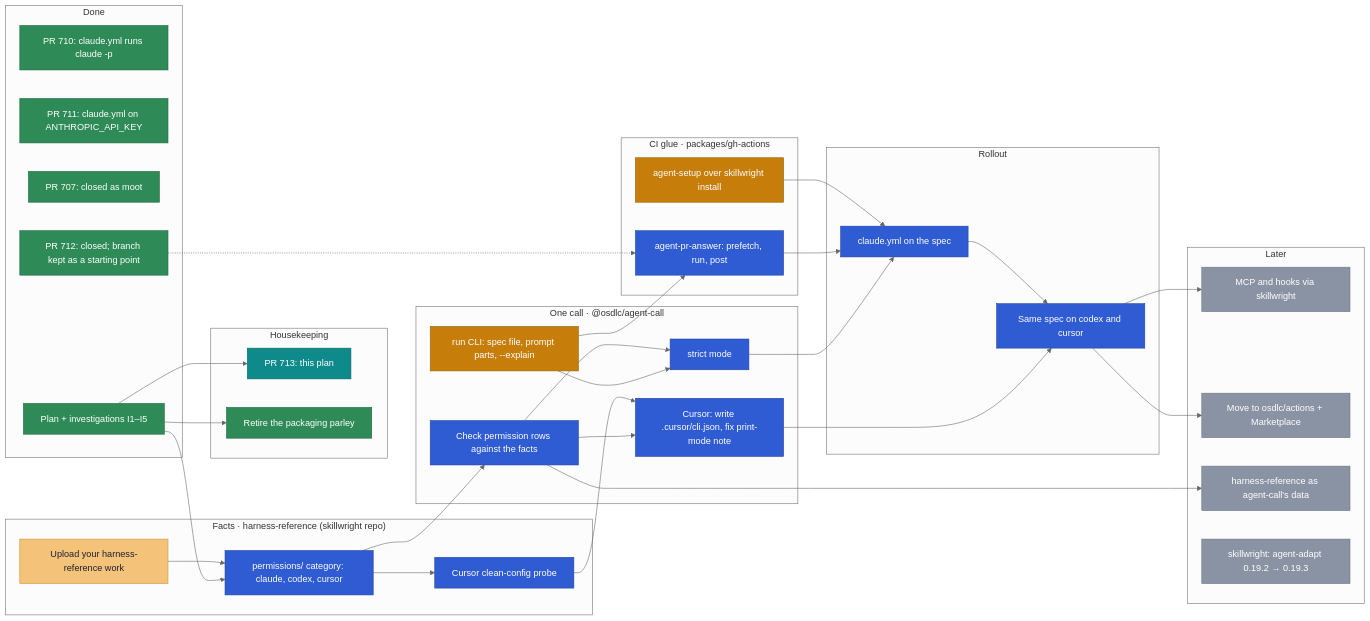
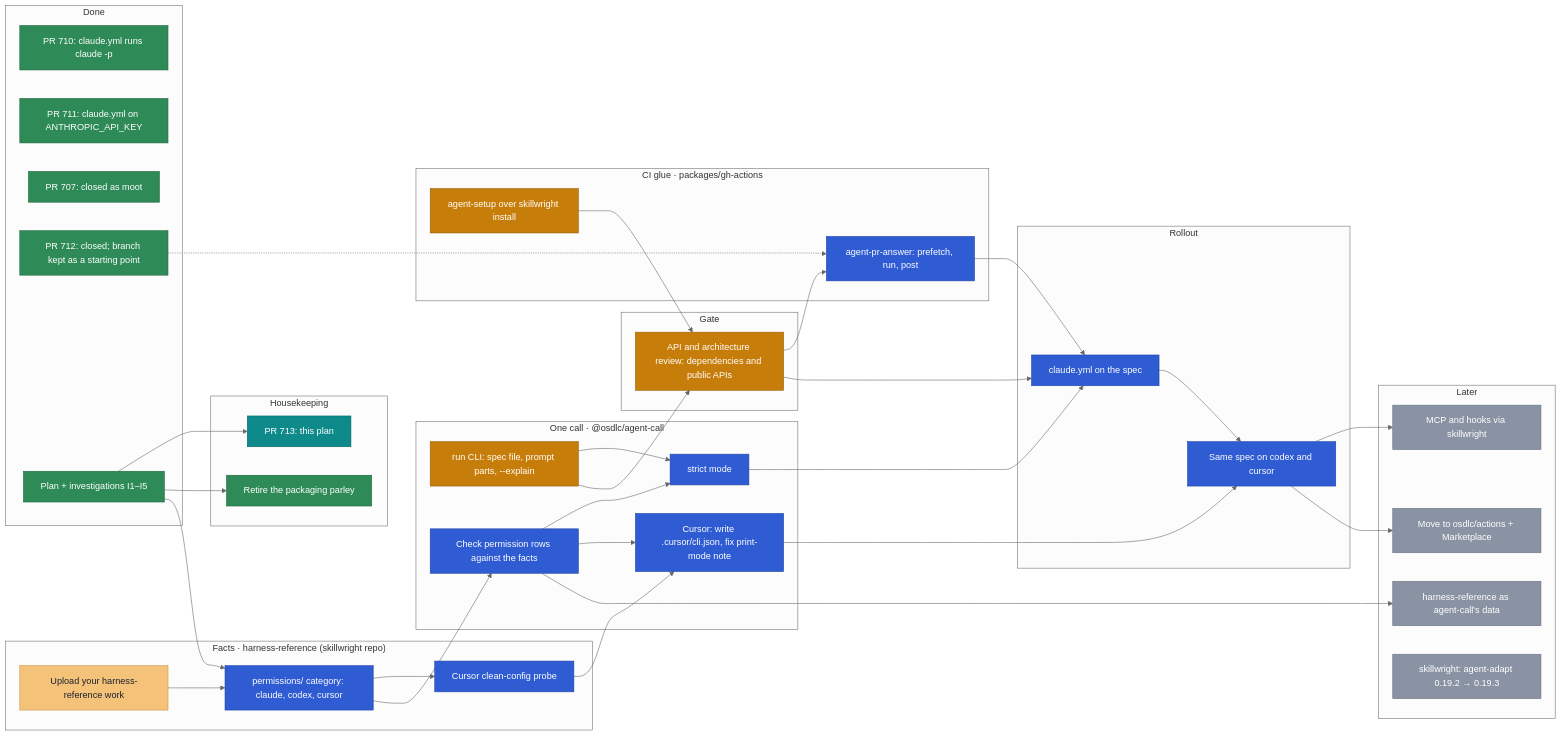
Before and after one commit to osdlc/osdlc: the diagram in docs/planning/agent-ci.md, drawn with Mermaid (neutral theme). The commit also changed other lines of this file, not shown here.

Commit message:
docs(planning): add an ongoing API and architecture review gate

````diff
--- a/docs/planning/agent-ci.md
+++ b/docs/planning/agent-ci.md
@@ -39,76 +39,81 @@
 ```mermaid
 flowchart LR
   subgraph done["Done"]
     W710["PR 710: claude.yml runs claude -p"]
     P711["PR 711: claude.yml on ANTHROPIC_API_KEY"]
     P707["PR 707: closed as moot"]
     P712["PR 712: closed; branch kept as a starting point"]
     PLAN["Plan + investigations I1–I5"]
   end
   subgraph house["Housekeeping"]
     PLANPR["PR 713: this plan"]
     PARLEY["Retire the packaging parley"]
   end
   subgraph facts["Facts · harness-reference (skillwright repo)"]
     UP["Upload your harness-reference work"]
     PERM["permissions/ category: claude, codex, cursor"]
     PROBE["Cursor clean-config probe"]
   end
   subgraph call["One call · @osdlc/agent-call"]
     RUN["run CLI: spec file, prompt parts, --explain"]
     CHECK["Check permission rows against the facts"]
     STRICT["strict mode"]
     CUR["Cursor: write .cursor/cli.json, fix print-mode note"]
+  end
+  subgraph gate["Gate"]
+    ARCH["API and architecture review: dependencies and public APIs"]
   end
   subgraph acts["CI glue · packages/gh-actions"]
     SETUP["agent-setup over skillwright install"]
     ANS["agent-pr-answer: prefetch, run, post"]
   end
   subgraph roll["Rollout"]
     SPEC["claude.yml on the spec"]
     MULTI["Same spec on codex and cursor"]
   end
   subgraph later["Later"]
     MCP["MCP and hooks via skillwright"]
     PUB["Move to osdlc/actions + Marketplace"]
     DATA["harness-reference as agent-call's data"]
     PIN["skillwright: agent-adapt 0.19.2 → 0.19.3"]
   end
 
   PLAN --> PLANPR
   PLAN --> PARLEY
   UP --> PERM
   PLAN --> PERM
   PERM --> PROBE
   PERM --> CHECK
   CHECK --> STRICT
   RUN --> STRICT
   PROBE --> CUR
   CHECK --> CUR
   P712 -.-> ANS
-  RUN --> ANS
-  SETUP --> SPEC
+  RUN --> ARCH
+  SETUP --> ARCH
+  ARCH --> ANS
+  ARCH --> SPEC
   ANS --> SPEC
   STRICT --> SPEC
   SPEC --> MULTI
   CUR --> MULTI
   MULTI --> MCP
   MULTI --> PUB
   CHECK --> DATA
 
   classDef done fill:#2e8b57,stroke:#1f6640,color:#ffffff
   classDef review fill:#0f8a8a,stroke:#0a6666,color:#ffffff
   classDef ready fill:#7a4fc2,stroke:#5a3596,color:#ffffff
   classDef blocked fill:#c0392b,stroke:#8e2a20,color:#ffffff
   classDef external fill:#e88fb4,stroke:#b8628a,color:#1b2230
   classDef active fill:#c77d0a,stroke:#94600a,color:#ffffff
   classDef yours fill:#f5c27a,stroke:#c99545,color:#1b2230
   classDef next fill:#2f5bd3,stroke:#2144a3,color:#ffffff
   classDef later fill:#8a93a3,stroke:#6b7384,color:#ffffff
   class W710,P711,P707,P712,PLAN,PARLEY done
   class UP yours
   class PLANPR review
-  class RUN,SETUP active
+  class RUN,SETUP,ARCH active
   class PERM,PROBE,CHECK,STRICT,CUR,ANS,SPEC,MULTI next
   class MCP,PUB,DATA,PIN later
 ```
````
